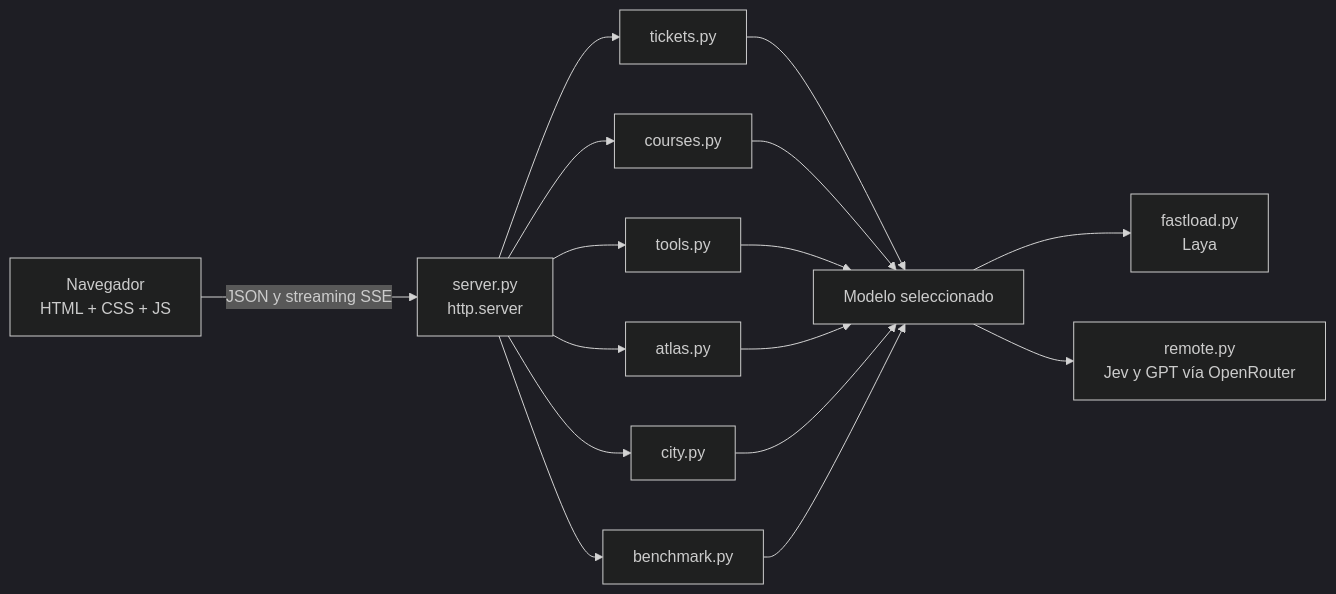
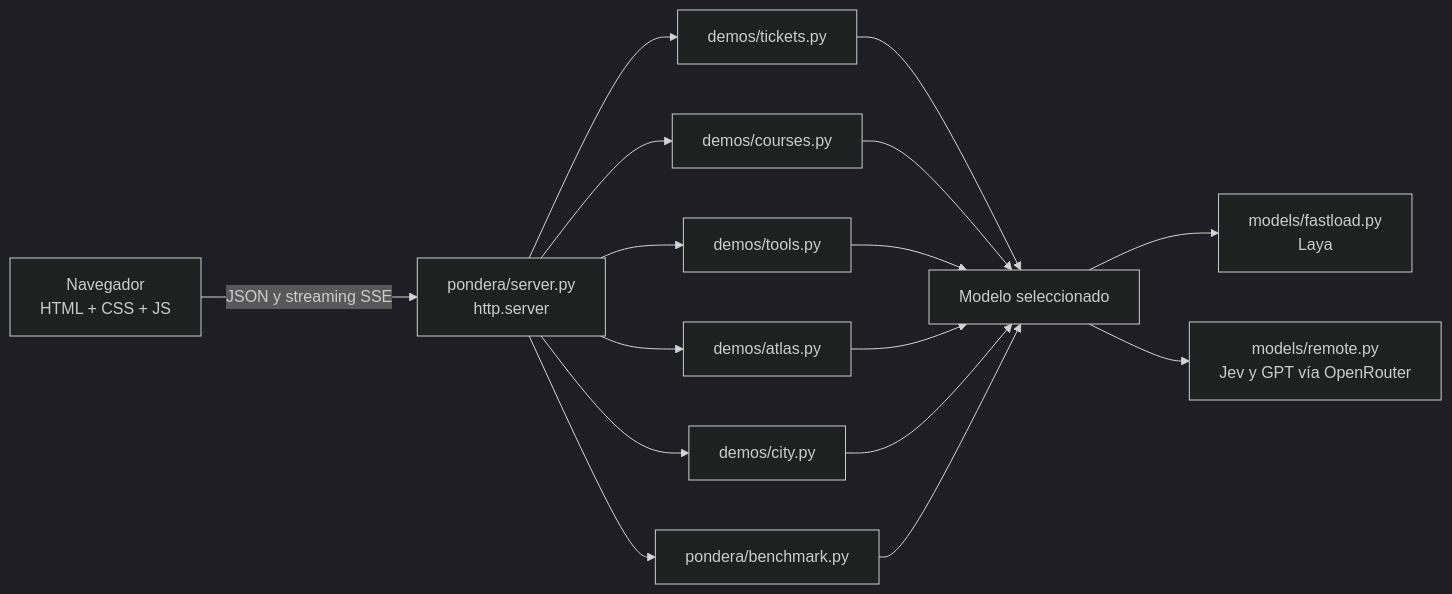
Before and after one commit to zamax14/System-One-Playground: the diagram in README.md, drawn with Mermaid (dark theme). The commit also changed other lines of this file and 33 other files, not shown here.

````diff
--- a/README.md
+++ b/README.md
@@ -316,13 +316,13 @@
 ```mermaid
 flowchart LR
-    B["Navegador<br/>HTML + CSS + JS"] -- "JSON y streaming SSE" --> S["server.py<br/>http.server"]
-    S --> T["tickets.py"]
-    S --> R["courses.py"]
-    S --> H["tools.py"]
-    S --> A["atlas.py"]
-    S --> C["city.py"]
+    B["Navegador<br/>HTML + CSS + JS"] -- "JSON y streaming SSE" --> S["pondera/server.py<br/>http.server"]
+    S --> T["demos/tickets.py"]
+    S --> R["demos/courses.py"]
+    S --> H["demos/tools.py"]
+    S --> A["demos/atlas.py"]
+    S --> C["demos/city.py"]
     T & R & H & A & C --> M["Modelo seleccionado"]
-    M --> L["fastload.py<br/>Laya"]
-    M --> O["remote.py<br/>Jev y GPT vía OpenRouter"]
-    S --> BM["benchmark.py"] --> M
+    M --> L["models/fastload.py<br/>Laya"]
+    M --> O["models/remote.py<br/>Jev y GPT vía OpenRouter"]
+    S --> BM["pondera/benchmark.py"] --> M
 ```
````
